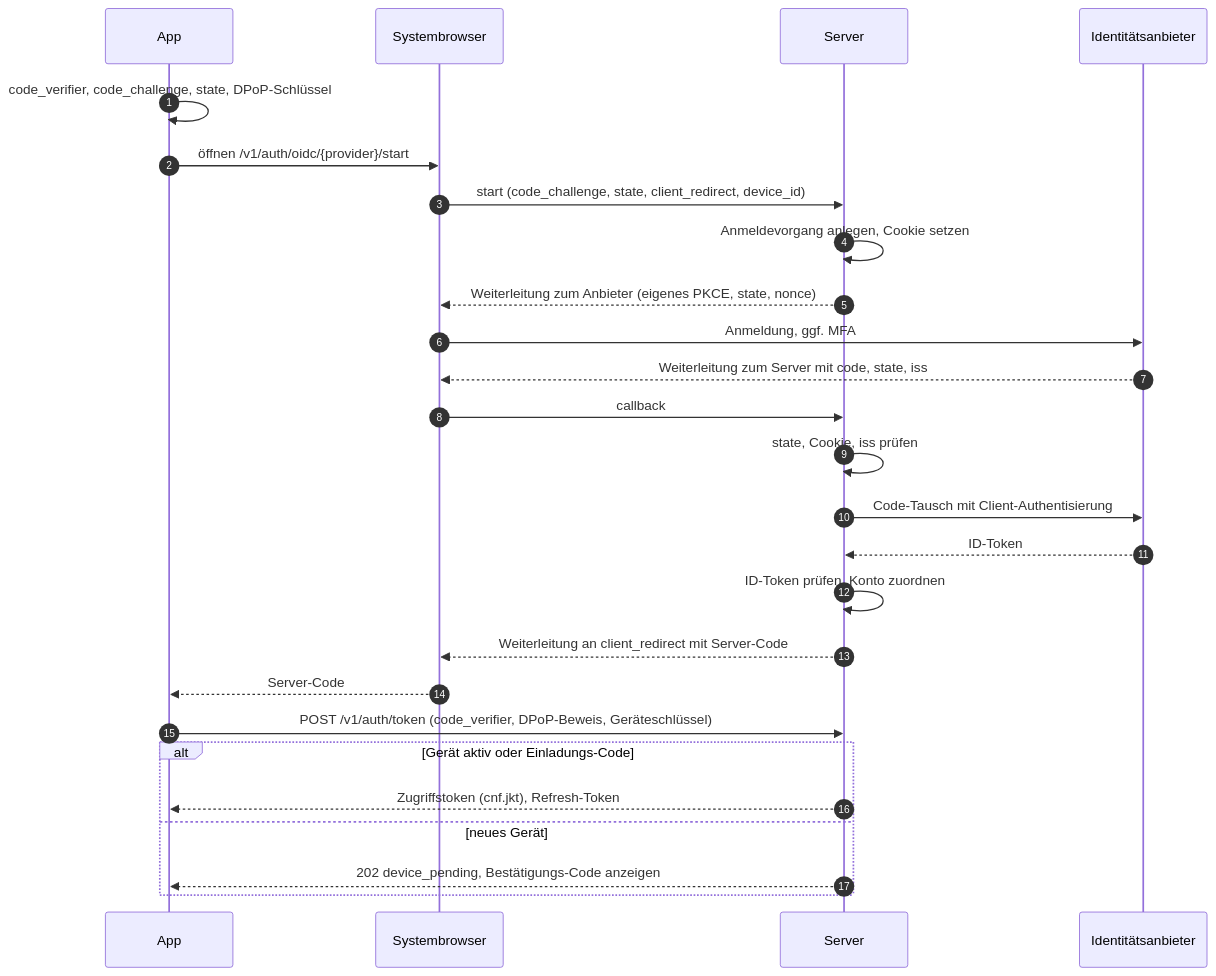
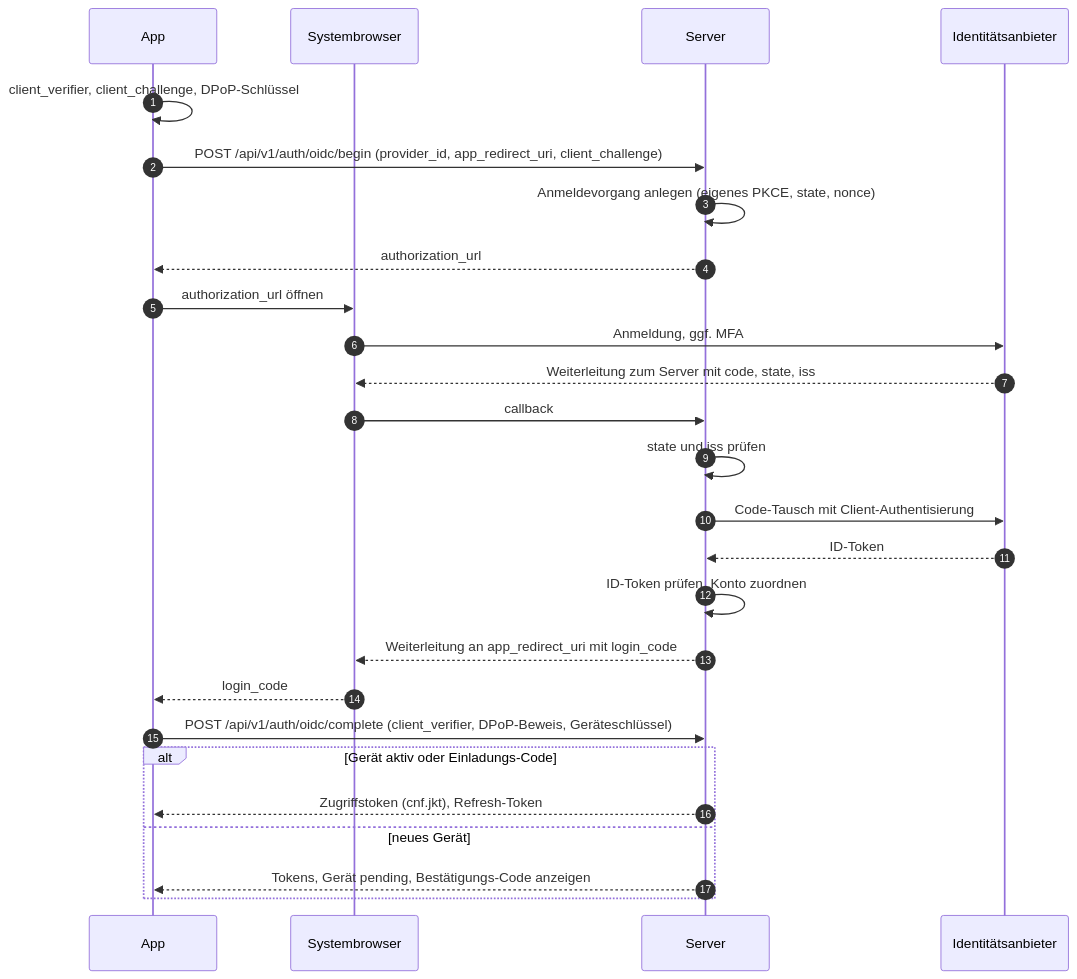
The first of 3 diagrams in docs/spec/08-identitaet.md (mguttmann/bothy), drawn with Mermaid before and after one commit. The commit also changed other lines of this file and 91 other files, not shown here.

````diff
--- a/docs/spec/08-identitaet.md
+++ b/docs/spec/08-identitaet.md
@@ -539,28 +551,28 @@
 ```mermaid
 sequenceDiagram
     autonumber
     participant A as App
     participant B as Systembrowser
     participant S as Server
     participant I as Identitätsanbieter
-    A->>A: code_verifier, code_challenge, state, DPoP-Schlüssel
-    A->>B: öffnen /v1/auth/oidc/{provider}/start
-    B->>S: start (code_challenge, state, client_redirect, device_id)
-    S->>S: Anmeldevorgang anlegen, Cookie setzen
-    S-->>B: Weiterleitung zum Anbieter (eigenes PKCE, state, nonce)
+    A->>A: client_verifier, client_challenge, DPoP-Schlüssel
+    A->>S: POST /api/v1/auth/oidc/begin (provider_id, app_redirect_uri, client_challenge)
+    S->>S: Anmeldevorgang anlegen (eigenes PKCE, state, nonce)
+    S-->>A: authorization_url
+    A->>B: authorization_url öffnen
     B->>I: Anmeldung, ggf. MFA
     I-->>B: Weiterleitung zum Server mit code, state, iss
     B->>S: callback
-    S->>S: state, Cookie, iss prüfen
+    S->>S: state und iss prüfen
     S->>I: Code-Tausch mit Client-Authentisierung
     I-->>S: ID-Token
     S->>S: ID-Token prüfen, Konto zuordnen
-    S-->>B: Weiterleitung an client_redirect mit Server-Code
-    B-->>A: Server-Code
-    A->>S: POST /v1/auth/token (code_verifier, DPoP-Beweis, Geräteschlüssel)
+    S-->>B: Weiterleitung an app_redirect_uri mit login_code
+    B-->>A: login_code
+    A->>S: POST /api/v1/auth/oidc/complete (client_verifier, DPoP-Beweis, Geräteschlüssel)
     alt Gerät aktiv oder Einladungs-Code
         S-->>A: Zugriffstoken (cnf.jkt), Refresh-Token
     else neues Gerät
-        S-->>A: 202 device_pending, Bestätigungs-Code anzeigen
+        S-->>A: Tokens, Gerät pending, Bestätigungs-Code anzeigen
     end
 ```
````
